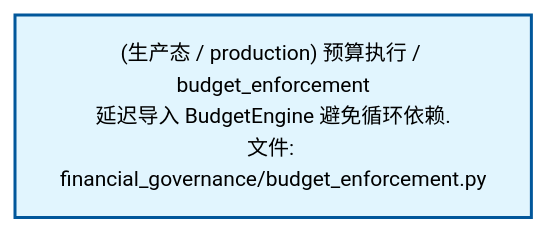
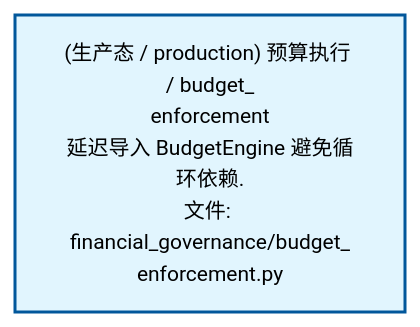
The second of 3 diagrams in docs/02_enterprise_architecture/02_domain_architecture_docs/54_d_gov_repair.md (xuanFelixVan/ZephyrAlpha), drawn with Mermaid before and after one commit. The commit also changed other lines of this file and 59 other files, not shown here.

````diff
--- a/docs/02_enterprise_architecture/02_domain_architecture_docs/54_d_gov_repair.md
+++ b/docs/02_enterprise_architecture/02_domain_architecture_docs/54_d_gov_repair.md
@@ -85,10 +85,10 @@
 ```mermaid
 %%{init: {'theme': 'base', 'themeVariables': {'primaryColor': '#eaeaea', 'primaryTextColor': '#333333', 'primaryBorderColor': '#666666', 'lineColor': '#666666', 'secondaryColor': '#eaeaea', 'tertiaryColor': '#eaeaea', 'fontSize': '14px'}}}%%
 flowchart TD
-    src_zephyr_governance_financial_governance_budget_enforcement_py["(生产态 / production) 预算执行 / budget_enforcement<br/>延迟导入 BudgetEngine 避免循环依赖.<br/>文件: financial_governance/budget_enforcement.py"]
+    src_zephyr_governance_financial_governance_budget_enforcement_py["(生产态 / production) 预算执行 / budget_<br/>enforcement<br/>延迟导入 BudgetEngine 避免循环依赖.<br/>文件: financial_governance/budget_<br/>enforcement.py"]
     classDef production fill:#e1f5fe,stroke:#01579b,stroke-width:2px,color:#000
     classDef design fill:#fff3e0,stroke:#e65100,stroke-width:2px,color:#000,stroke-dasharray: 5 5
     classDef external_prod fill:#e8f4fd,stroke:#0277bd,stroke-width:1px,color:#000
     classDef external_design fill:#fff8e7,stroke:#ef6c00,stroke-width:1px,color:#000,stroke-dasharray: 5 5
     class src_zephyr_governance_financial_governance_budget_enforcement_py production
 ```
````
